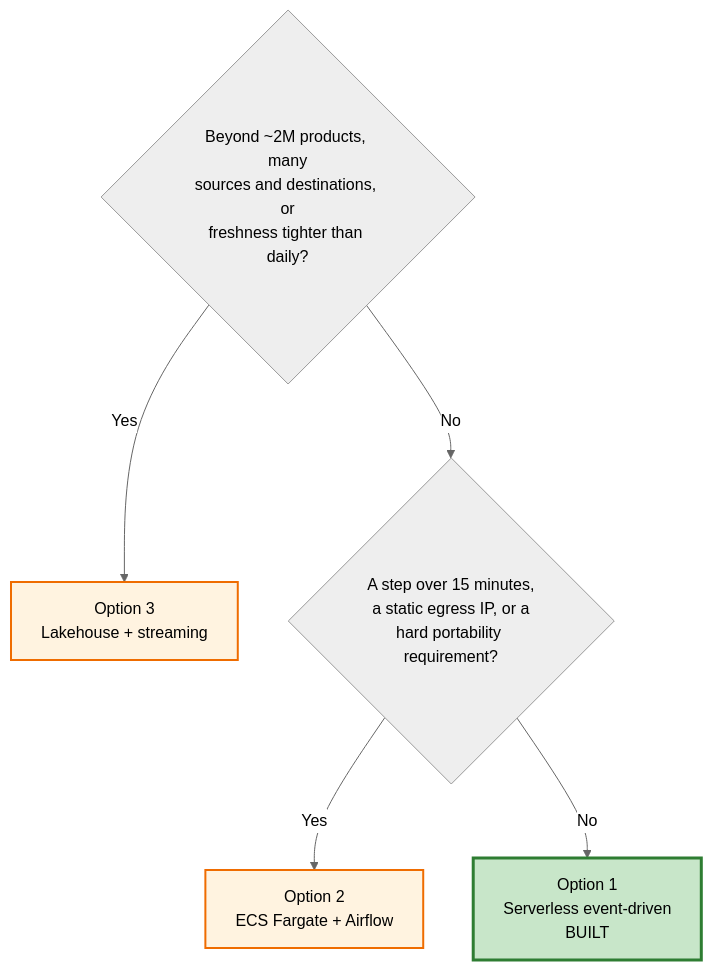
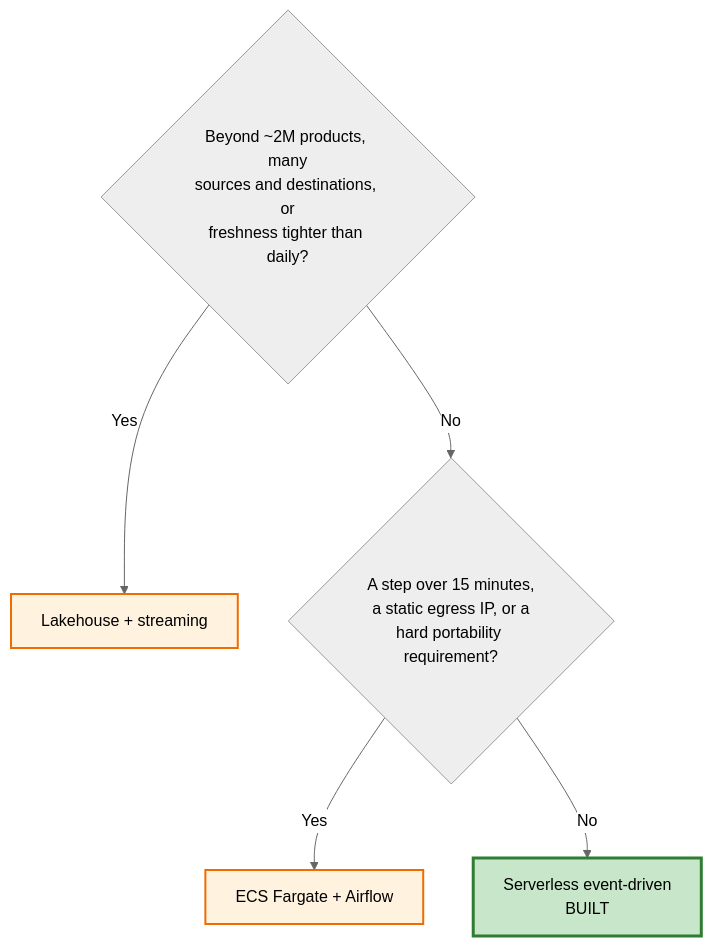
One commit to sindhusaroj/pim-wms-catalogue-sync changed diagram 12 of 12 in mermaid.md. Above: the diagram before and after it, drawn with Mermaid (neutral theme). The commit also changed other lines of this file and 6 other files, not shown here.

First line of the commit message:
Describe the architecture options by name

````diff
--- a/mermaid.md
+++ b/mermaid.md
@@ -394,12 +394,12 @@
 ```mermaid
 flowchart TB
     Q0{"Beyond ~2M products, many<br/>sources and destinations, or<br/>freshness tighter than daily?"}
-    Q0 -->|Yes| C["Option 3<br/>Lakehouse + streaming"]
+    Q0 -->|Yes| C["Lakehouse + streaming"]
     Q0 -->|No| Q1{"A step over 15 minutes,<br/>a static egress IP, or a<br/>hard portability requirement?"}
-    Q1 -->|Yes| B["Option 2<br/>ECS Fargate + Airflow"]
-    Q1 -->|No| A["Option 1<br/>Serverless event-driven<br/>BUILT"]
+    Q1 -->|Yes| B["ECS Fargate + Airflow"]
+    Q1 -->|No| A["Serverless event-driven<br/>BUILT"]
     classDef rec fill:#c8e6c9,stroke:#2e7d32,stroke-width:3px,color:#000
     classDef alt fill:#fff3e0,stroke:#ef6c00,stroke-width:2px,color:#000
     class A rec
     class B,C alt
 ```
````
